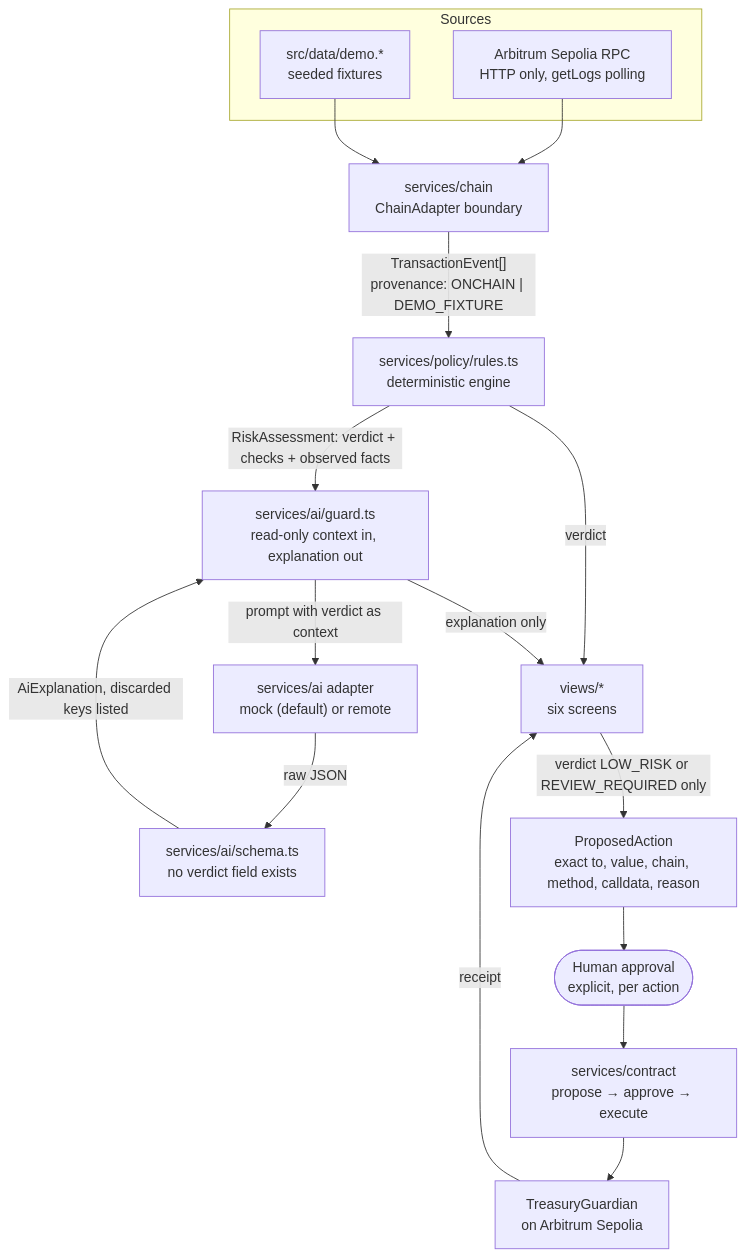
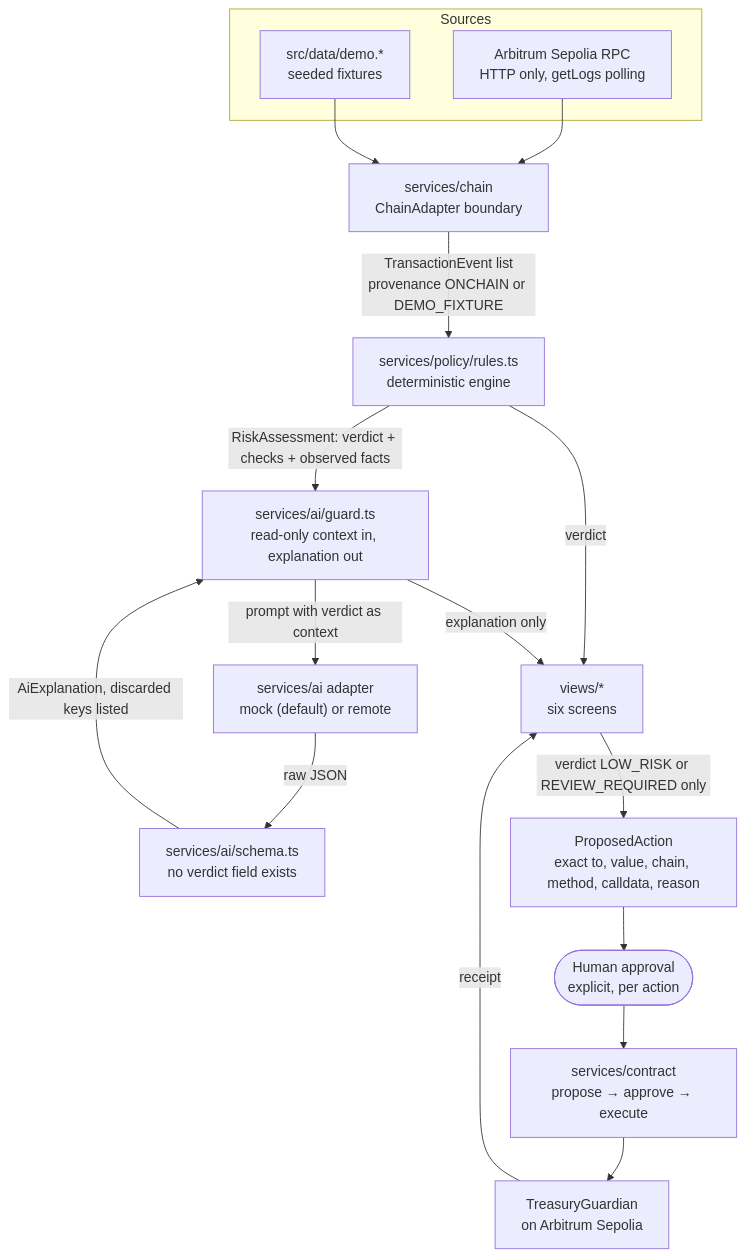
Before and after one commit to Adelekejr/treasury-guardian-ai: the diagram in ARCHITECTURE.md, drawn with Mermaid. The commit also changed 1 other file, not shown here.

Commit message:
Fix the mermaid edge label and mark step 11 complete in PROGRESS
A pipe inside the edge label broke mermaid parsing; the provenance values
are now spelled out. PROGRESS records the docs step as done and the deploy
checkpoint as the next action.

Claude-Session: https://claude.ai/code/session_0122jmK8q4HS7J9TMnAsXeCY

````diff
--- a/ARCHITECTURE.md
+++ b/ARCHITECTURE.md
@@ -9,26 +9,26 @@
 ```mermaid
 flowchart TD
     subgraph Sources
       RPC["Arbitrum Sepolia RPC<br/>HTTP only, getLogs polling"]
       FIX["src/data/demo.*<br/>seeded fixtures"]
     end
 
     RPC --> CA
     FIX --> CA
 
-    CA["services/chain<br/>ChainAdapter boundary"] -->|"TransactionEvent[]<br/>provenance: ONCHAIN | DEMO_FIXTURE"| POL
+    CA["services/chain<br/>ChainAdapter boundary"] -->|"TransactionEvent list<br/>provenance ONCHAIN or DEMO_FIXTURE"| POL
 
     POL["services/policy/rules.ts<br/>deterministic engine"] -->|RiskAssessment: verdict + checks + observed facts| GUARD
     POL -->|verdict| UI
 
     GUARD["services/ai/guard.ts<br/>read-only context in, explanation out"] -->|prompt with verdict as context| AI
     AI["services/ai adapter<br/>mock (default) or remote"] -->|raw JSON| SCHEMA
     SCHEMA["services/ai/schema.ts<br/>no verdict field exists"] -->|AiExplanation, discarded keys listed| GUARD
     GUARD -->|explanation only| UI
 
     UI["views/*<br/>six screens"] -->|verdict LOW_RISK or REVIEW_REQUIRED only| ACT
     ACT["ProposedAction<br/>exact to, value, chain, method, calldata, reason"] --> HUMAN
     HUMAN(["Human approval<br/>explicit, per action"]) --> CONTRACT
     CONTRACT["services/contract<br/>propose → approve → execute"] --> CHAIN["TreasuryGuardian<br/>on Arbitrum Sepolia"]
     CHAIN -->|receipt| UI
 ```
````
